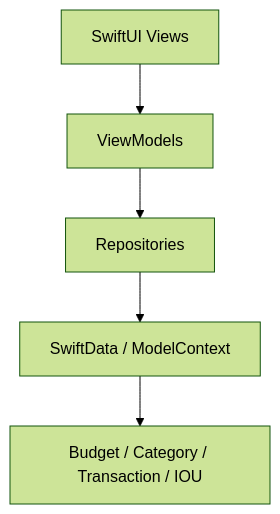
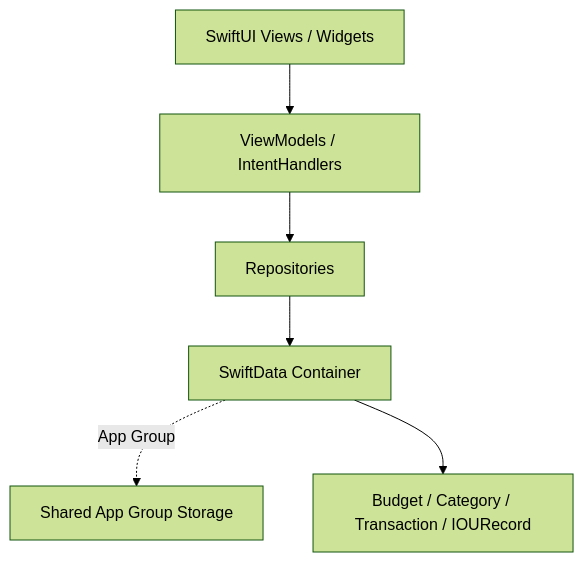
Before and after one commit to Arima0903/No-Look-Budget: the diagram in docs/architecture/implementation_plan.md, drawn with Mermaid (forest theme). The commit also changed other lines of this file, not shown here.

````diff
--- a/docs/architecture/implementation_plan.md
+++ b/docs/architecture/implementation_plan.md
@@ -29,7 +28,8 @@
 ```mermaid
 graph TD
-    View[SwiftUI Views] --> VM[ViewModels]
+    View[SwiftUI Views / Widgets] --> VM[ViewModels / IntentHandlers]
     VM --> Rep[Repositories]
-    Rep --> SD[SwiftData / ModelContext]
-    SD --> Entities[Budget / Category / Transaction / IOU]
+    Rep --> SD[SwiftData Container]
+    SD -.->|App Group| Shared[Shared App Group Storage]
+    SD --> Entities[Budget / Category / Transaction / IOURecord]
 ```
````
